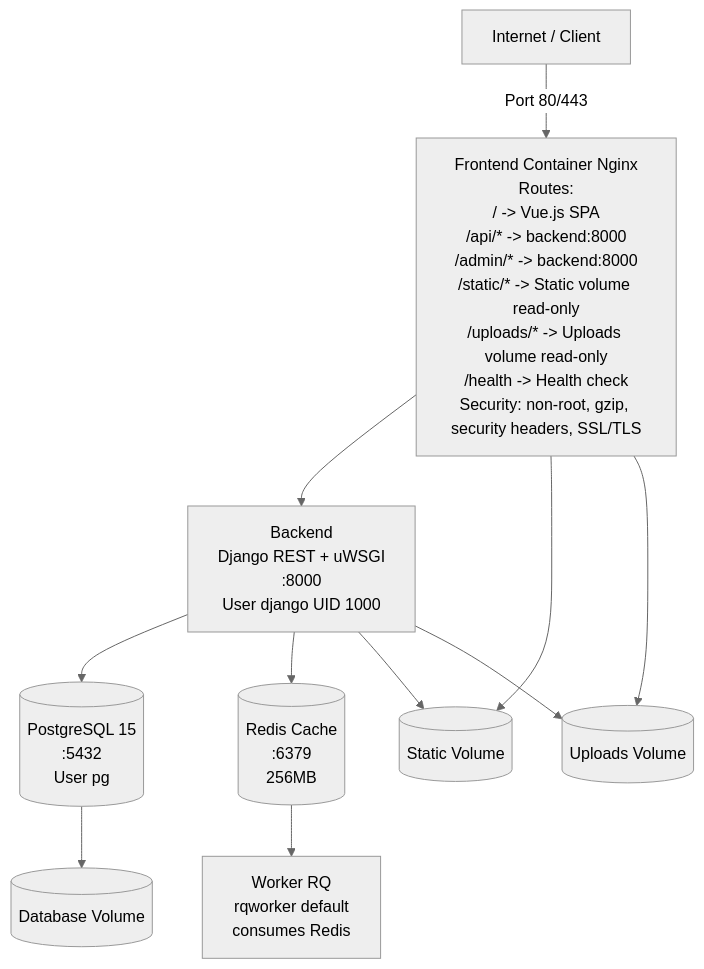
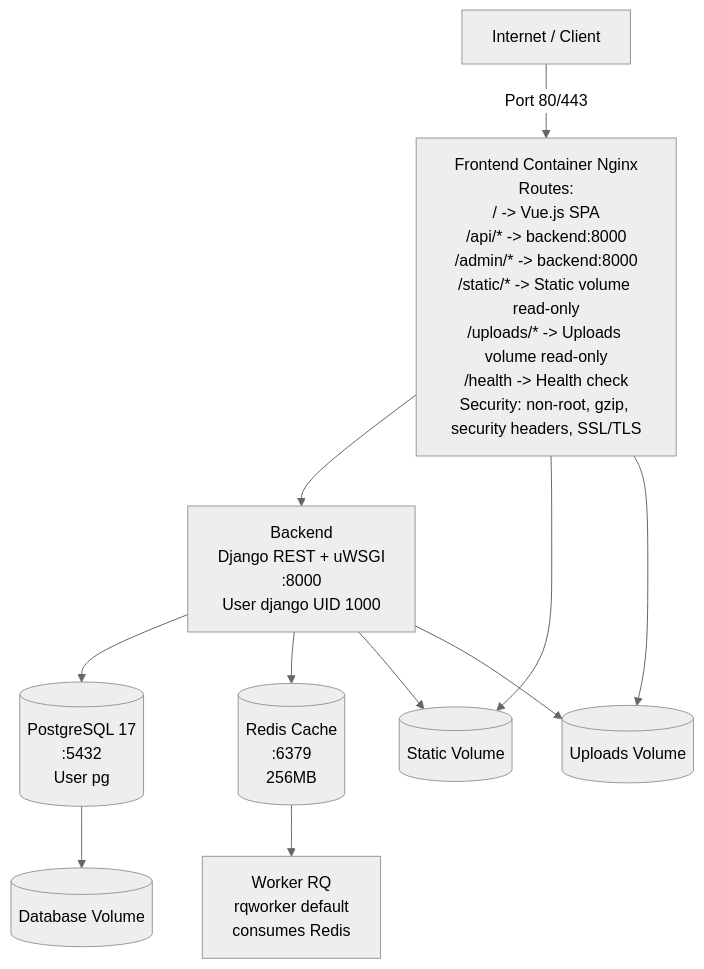
Before and after one commit to Jugendfeuerwehr-Manager/JF-Manager: the first of 5 diagrams in docs/architecture/overview.md, drawn with Mermaid (neutral theme). The commit also changed other lines of this file and 821 other files, not shown here.

````diff
--- a/docs/architecture/overview.md
+++ b/docs/architecture/overview.md
@@ -5,23 +5,23 @@
 ```mermaid
 flowchart TD
         client[Internet / Client]
         nginx[Frontend Container Nginx\nRoutes:\n/ -> Vue.js SPA\n/api/* -> backend:8000\n/admin/* -> backend:8000\n/static/* -> Static volume read-only\n/uploads/* -> Uploads volume read-only\n/health -> Health check\nSecurity: non-root, gzip, security headers, SSL/TLS]
         backend[Backend\nDjango REST + uWSGI\n:8000\nUser django UID 1000]
-        db[(PostgreSQL 15\n:5432\nUser pg)]
+        db[(PostgreSQL 17\n:5432\nUser pg)]
         redis[(Redis Cache\n:6379\n256MB)]
         worker[Worker RQ\nrqworker default\nconsumes Redis]
         staticVol[(Static Volume)]
         uploadsVol[(Uploads Volume)]
         dbVol[(Database Volume)]
 
         client -->|Port 80/443| nginx
         nginx --> backend
         nginx --> staticVol
         nginx --> uploadsVol
         backend --> db
         backend --> redis
         backend --> staticVol
         backend --> uploadsVol
         db --> dbVol
         redis --> worker
 ```
````
